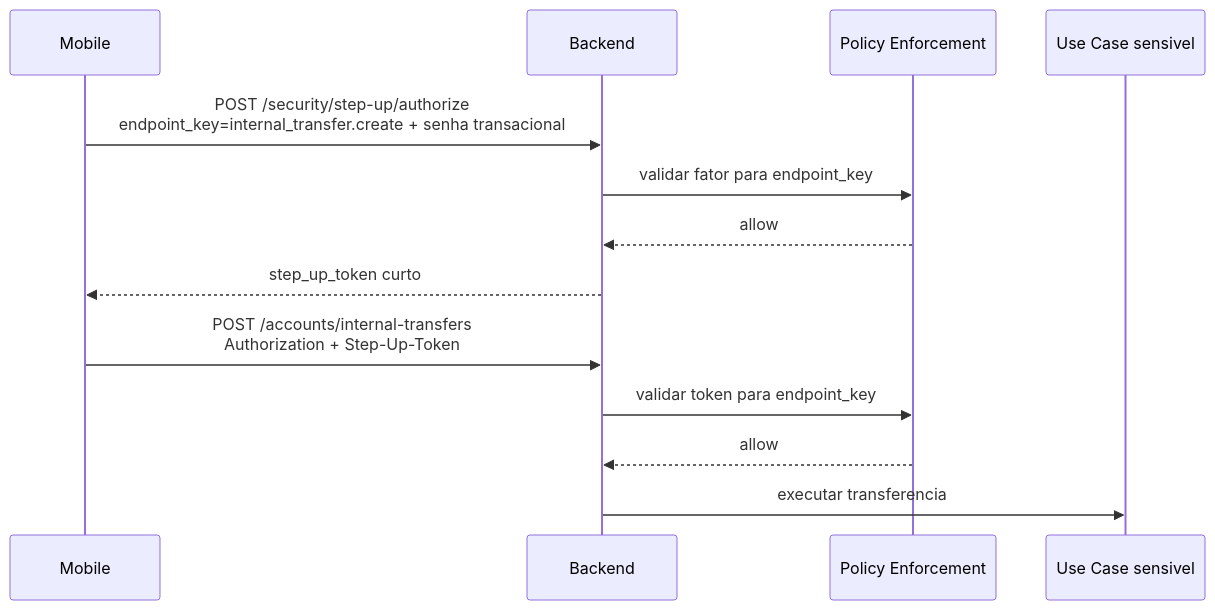
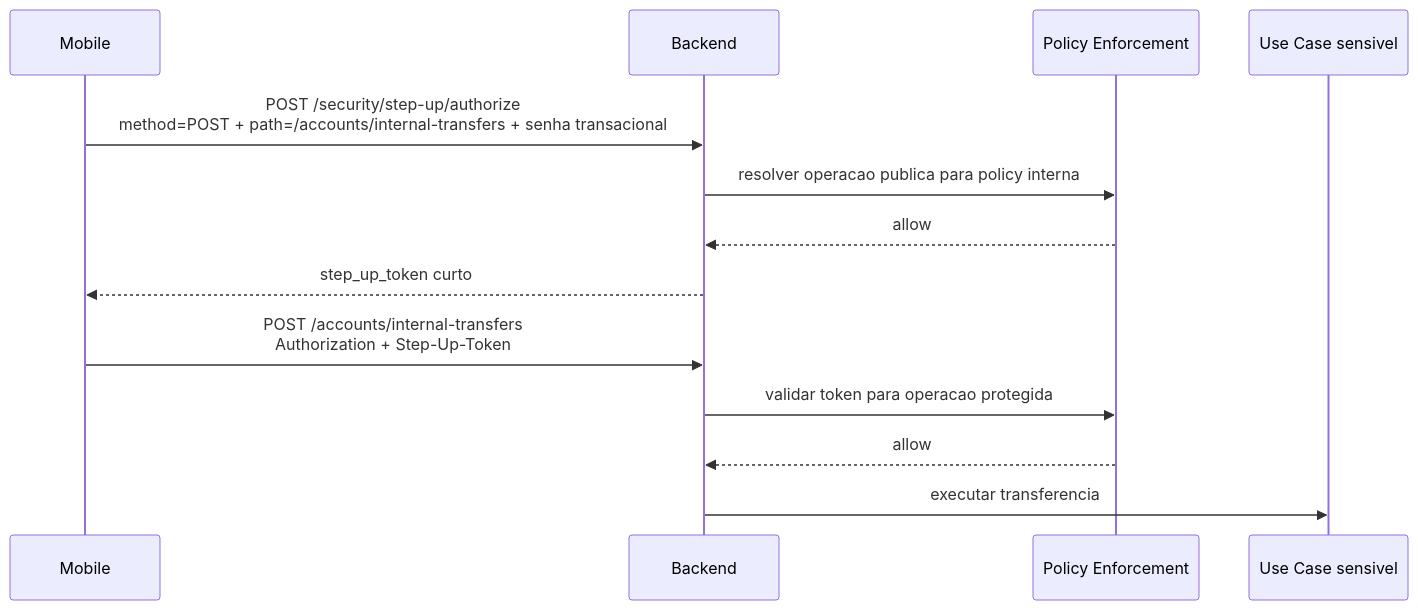
Before and after one commit to rudsonalves/banklab: the diagram in api/docs/implementations/03-zta-step-up-transaction-password.md, drawn with Mermaid. The commit also changed other lines of this file and 22 other files, not shown here.

````diff
--- a/api/docs/implementations/03-zta-step-up-transaction-password.md
+++ b/api/docs/implementations/03-zta-step-up-transaction-password.md
@@ -36,17 +36,17 @@
 ```mermaid
 sequenceDiagram
   participant App as Mobile
   participant API as Backend
   participant PEP as Policy Enforcement
   participant UC as Use Case sensivel
 
-  App->>API: POST /security/step-up/authorize<br>endpoint_key=internal_transfer.create + senha transacional
-  API->>PEP: validar fator para endpoint_key
+  App->>API: POST /security/step-up/authorize<br>method=POST + path=/accounts/internal-transfers + senha transacional
+  API->>PEP: resolver operacao publica para policy interna
   PEP-->>API: allow
   API-->>App: step_up_token curto
 
   App->>API: POST /accounts/internal-transfers<br>Authorization + Step-Up-Token
-  API->>PEP: validar token para endpoint_key
+  API->>PEP: validar token para operacao protegida
   PEP-->>API: allow
   API->>UC: executar transferencia
 ```
````
